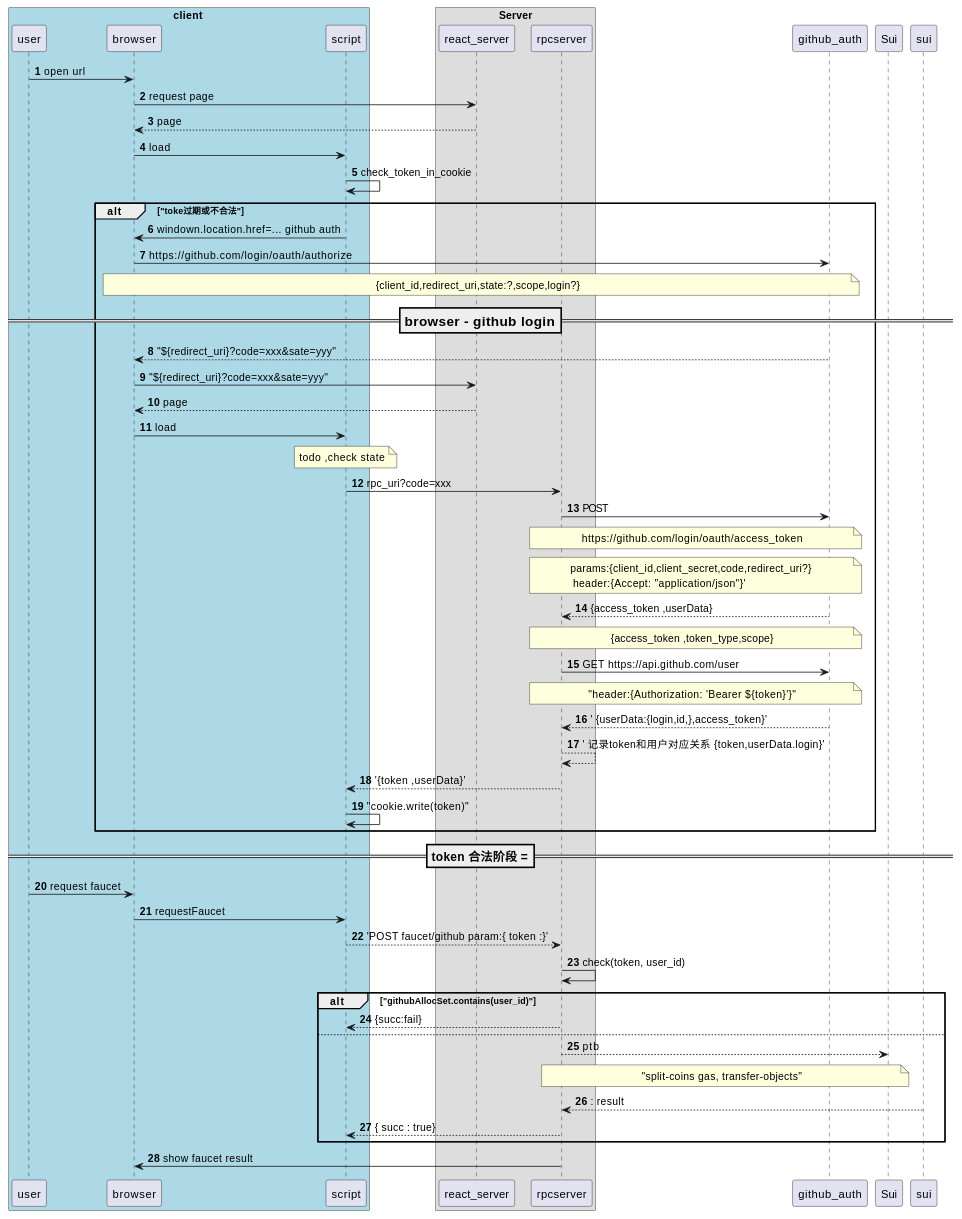
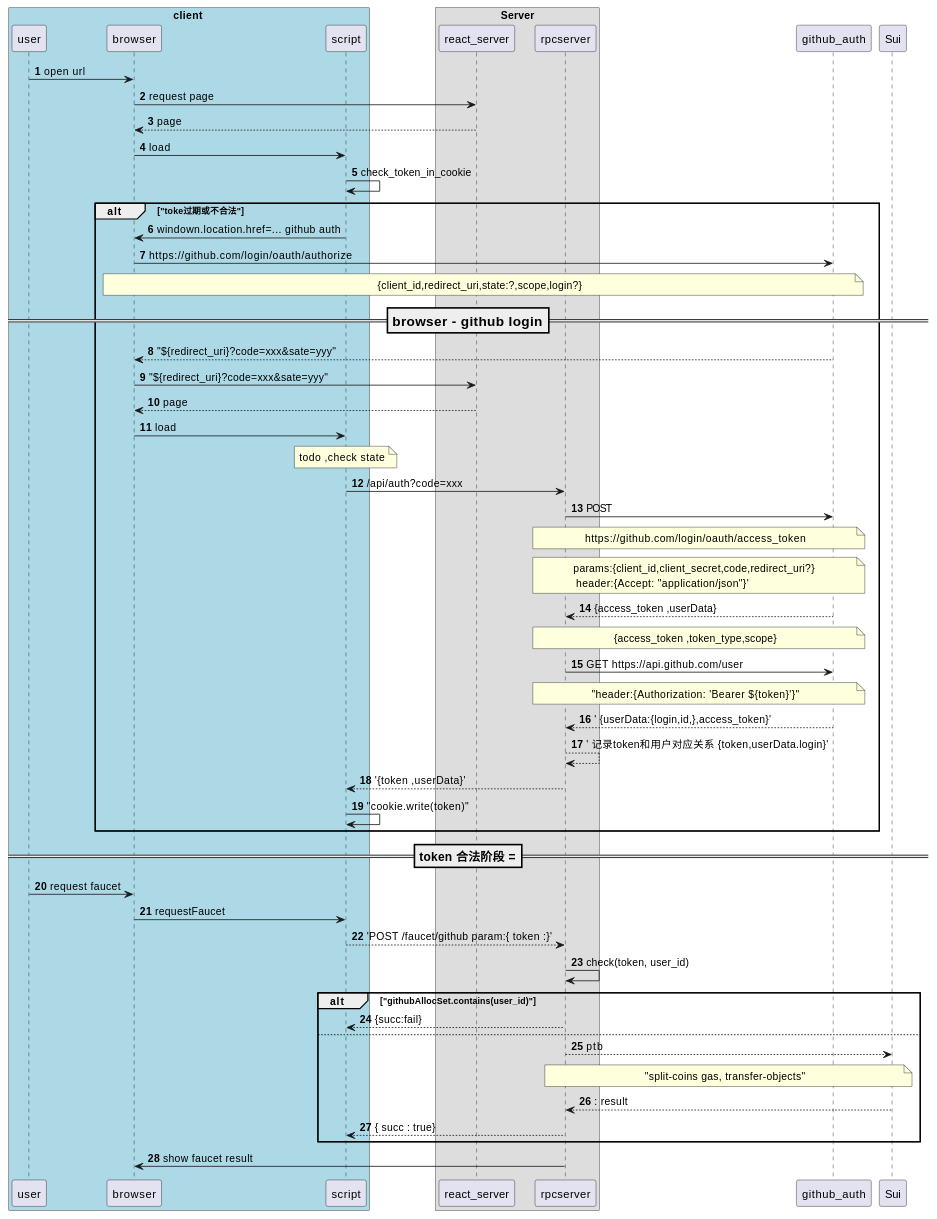
The first of 2 diagrams in github-oauth.md (nextuser/faucet-page), drawn with PlantUML before and after one commit.

Commit message:
change auth md error

````diff
--- a/github-oauth.md
+++ b/github-oauth.md
@@ -9,68 +9,68 @@
 ```puml
 @startuml
 box client #LightBlue
 participant user
 participant    browser
 participant  script as script
 
 end box
 box Server
 participant  react_server
 participant  rpcserver as rpc
 end box
 participant github_auth as github
 autonumber
 
 user -> browser : open url
 browser -> react_server   : request page
 react_server --> browser : page
 
 browser -> script: load
 script->script:check_token_in_cookie
 
 alt "toke过期或不合法" 
 script->browser : windown.location.href=... github auth
 browser -> github :https://github.com/login/oauth/authorize
 note over browser,github:{client_id,redirect_uri,state:?,scope,login?}
  
  === browser - github login==
 github -->browser : "${redirect_uri}?code=xxx&sate=yyy"
 browser -> react_server:   "${redirect_uri}?code=xxx&sate=yyy"
 react_server -->browser : page
 browser -> script: load
 note over script: todo  ,check state
-script -> rpc:  rpc_uri?code=xxx
+script -> rpc:  /api/auth?code=xxx
 rpc->github: POST 
 note over rpc,github:https://github.com/login/oauth/access_token
 note over rpc,github: params:{client_id,client_secret,code,redirect_uri?} \n header:{Accept: "application/json"}'
 
 github -->rpc: {access_token ,userData}
 note over github,rpc:{access_token ,token_type,scope}
 rpc -> github:GET https://api.github.com/user
 note over rpc,github: "header:{Authorization: 'Bearer ${token}'}"
 github -->rpc:' {userData:{login,id,},access_token}'
 rpc --> rpc:' 记录token和用户对应关系 {token,userData.login}'
 rpc --> script: '{token ,userData}'
 script->script: "cookie.write(token)"
 end
 ==== token 合法阶段 ===
 user -> browser: request faucet
 browser->script : requestFaucet
-script --> rpc: 'POST faucet/github param:{ token :}'
+script --> rpc: 'POST /faucet/github param:{ token :}'
 
 rpc ->rpc : check(token, user_id)
 alt "githubAllocSet.contains(user_id)"
     rpc --> script: {succ:fail}
 else
     rpc --> Sui : ptb
     
     note over rpc,Sui:  "split-coins gas, transfer-objects"
-    sui --> rpc :: result
+    Sui --> rpc :: result
     rpc --> script : { succ : true}
     
 end
 rpc -> browser: show faucet result
 
 
 @enduml
 ```
````
